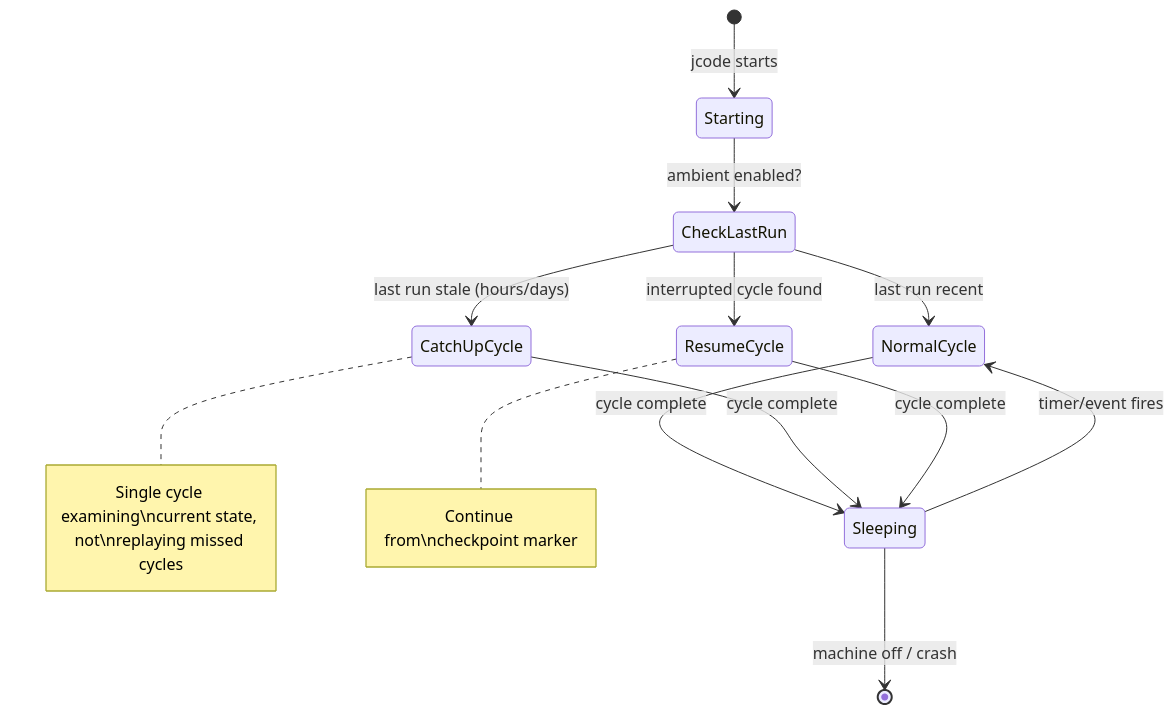
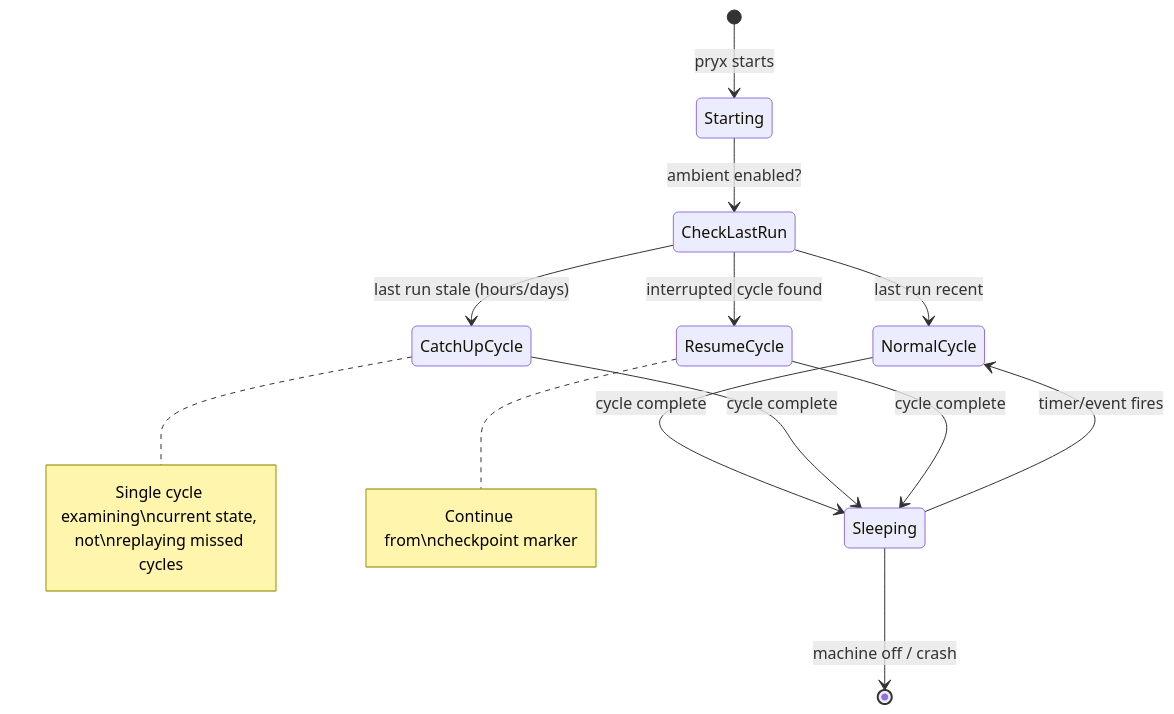
Before and after one commit to irfndi/pryx: the eighth of 8 diagrams in docs/AMBIENT_MODE.md, drawn with Mermaid. The commit also changed other lines of this file and 2678 other files, not shown here.

First line of the commit message:
refactor: rename jcode to pryx across the entire codebase

````diff
--- a/docs/AMBIENT_MODE.md
+++ b/docs/AMBIENT_MODE.md
@@ -861,20 +861,20 @@
 ```mermaid
 stateDiagram-v2
-    [*] --> Starting: jcode starts
+    [*] --> Starting: pryx starts
     Starting --> CheckLastRun: ambient enabled?
 
     CheckLastRun --> NormalCycle: last run recent
     CheckLastRun --> CatchUpCycle: last run stale (hours/days)
     CheckLastRun --> ResumeCycle: interrupted cycle found
 
     NormalCycle --> Sleeping: cycle complete
     CatchUpCycle --> Sleeping: cycle complete
     ResumeCycle --> Sleeping: cycle complete
 
     Sleeping --> NormalCycle: timer/event fires
     Sleeping --> [*]: machine off / crash
 
     note right of CatchUpCycle: Single cycle examining\ncurrent state, not\nreplaying missed cycles
 
     note right of ResumeCycle: Continue from\ncheckpoint marker
 ```
````
